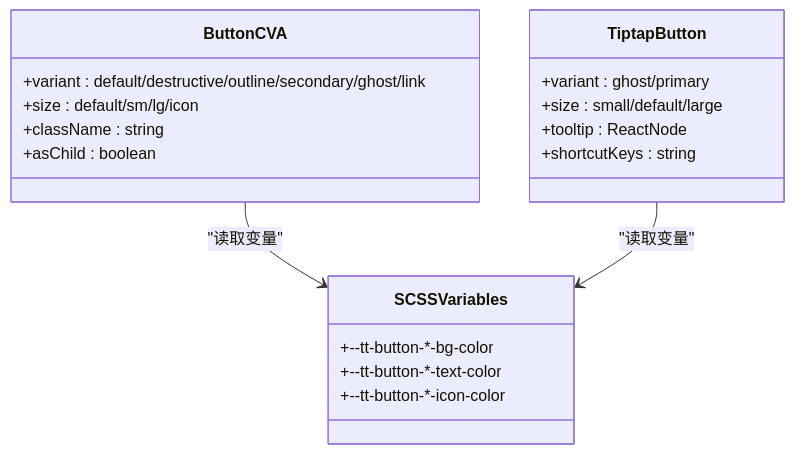
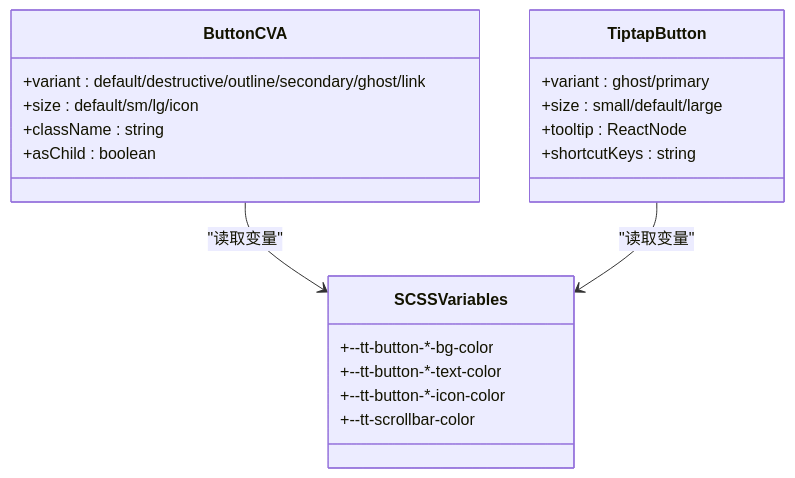
Before and after one commit to KunLabAI/KunFlix: the eighth of 10 diagrams in .qoder/repowiki/zh/content/前端应用架构/UI组件库/主题与样式系统.md, drawn with Mermaid. The commit also changed other lines of this file and 15 other files, not shown here.

````diff
--- a/.qoder/repowiki/zh/content/前端应用架构/UI组件库/主题与样式系统.md
+++ b/.qoder/repowiki/zh/content/前端应用架构/UI组件库/主题与样式系统.md
@@ -304,22 +320,23 @@
 ```mermaid
 classDiagram
 class ButtonCVA {
 +variant : default/destructive/outline/secondary/ghost/link
 +size : default/sm/lg/icon
 +className : string
 +asChild : boolean
 }
 class TiptapButton {
 +variant : ghost/primary
 +size : small/default/large
 +tooltip : ReactNode
 +shortcutKeys : string
 }
 class SCSSVariables {
 +--tt-button-*-bg-color
 +--tt-button-*-text-color
 +--tt-button-*-icon-color
++--tt-scrollbar-color
 }
 ButtonCVA --> SCSSVariables : "读取变量"
 TiptapButton --> SCSSVariables : "读取变量"
 ```
````
